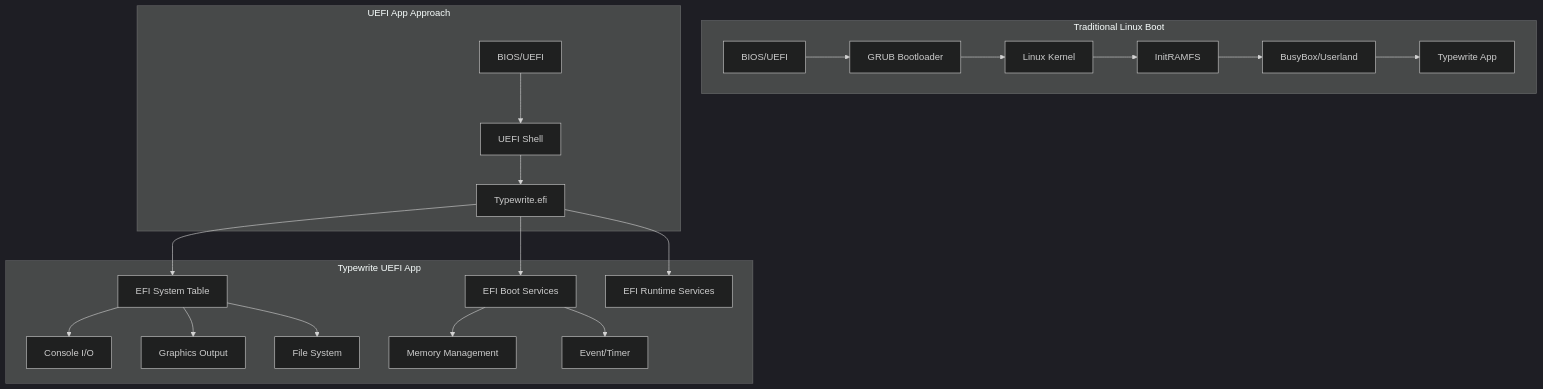
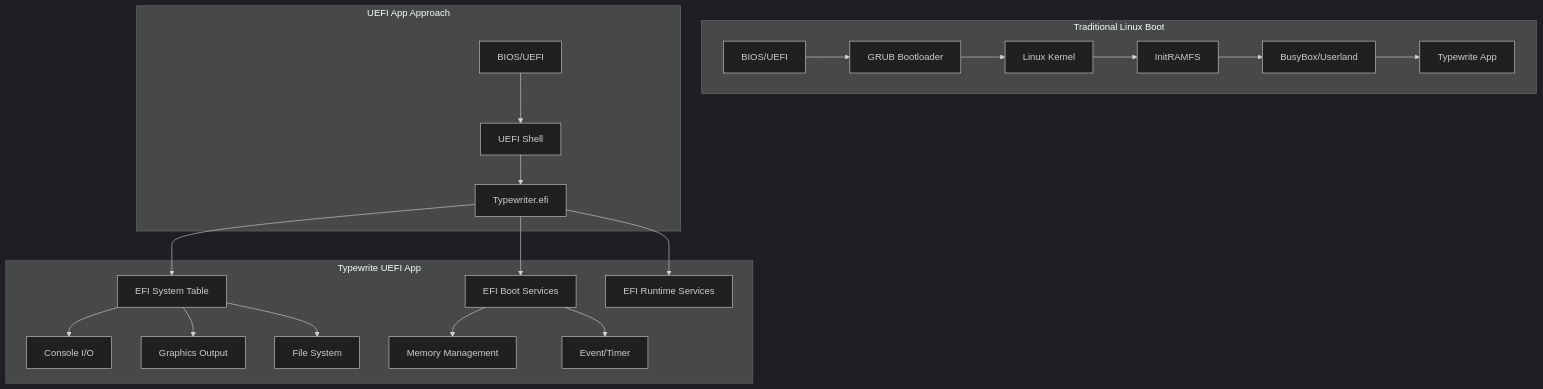
The first of 2 diagrams in uefi-app/README.md (HackerComputerCompany/typewrite_os), drawn with Mermaid (dark theme) before and after one commit. The commit also changed other lines of this file and 11 other files, not shown here.

First line of the commit message:
QEMU: start-qemu.sh builds, syncs EFI, and document test flow

````diff
--- a/uefi-app/README.md
+++ b/uefi-app/README.md
@@ -11,26 +11,26 @@
 ```mermaid
 graph TB
     subgraph "Traditional Linux Boot"
         A[BIOS/UEFI] --> B[GRUB Bootloader]
         B --> C[Linux Kernel]
         C --> D[InitRAMFS]
         D --> E[BusyBox/Userland]
         E --> F[Typewrite App]
     end
 
     subgraph "UEFI App Approach"
         G[BIOS/UEFI] --> H[UEFI Shell]
-        H --> I[Typewrite.efi]
+        H --> I[Typewriter.efi]
     end
 
     subgraph "Typewrite UEFI App"
         I --> J[EFI System Table]
         I --> K[EFI Boot Services]
         I --> L[EFI Runtime Services]
         J --> M[Console I/O]
         J --> N[Graphics Output]
         J --> O[File System]
         K --> P[Memory Management]
         K --> Q[Event/Timer]
     end
 ```
````
